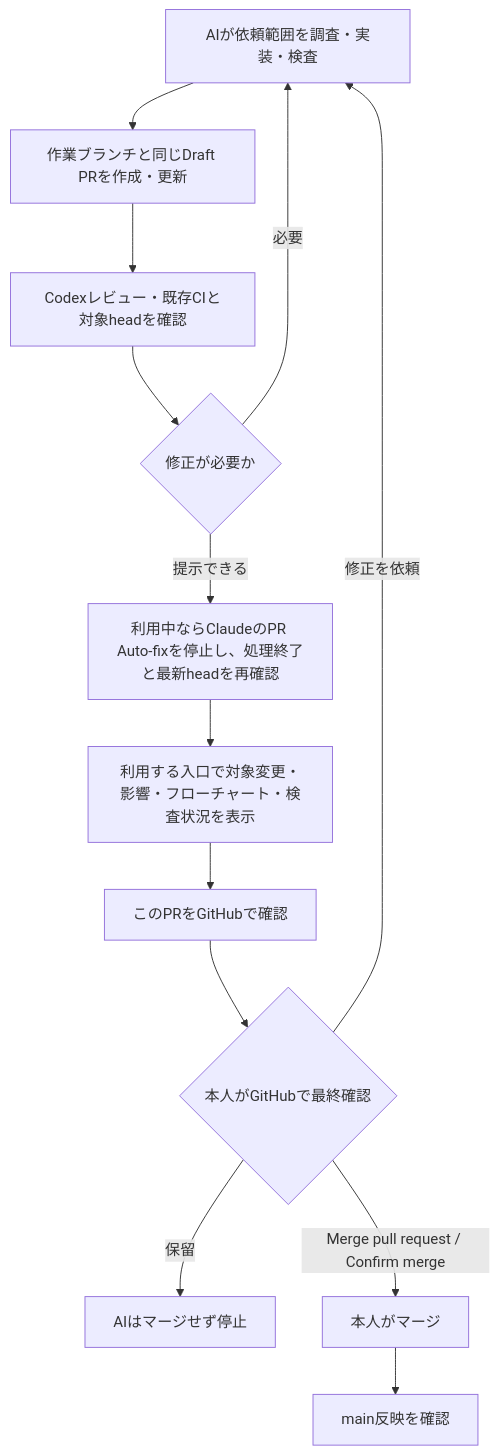
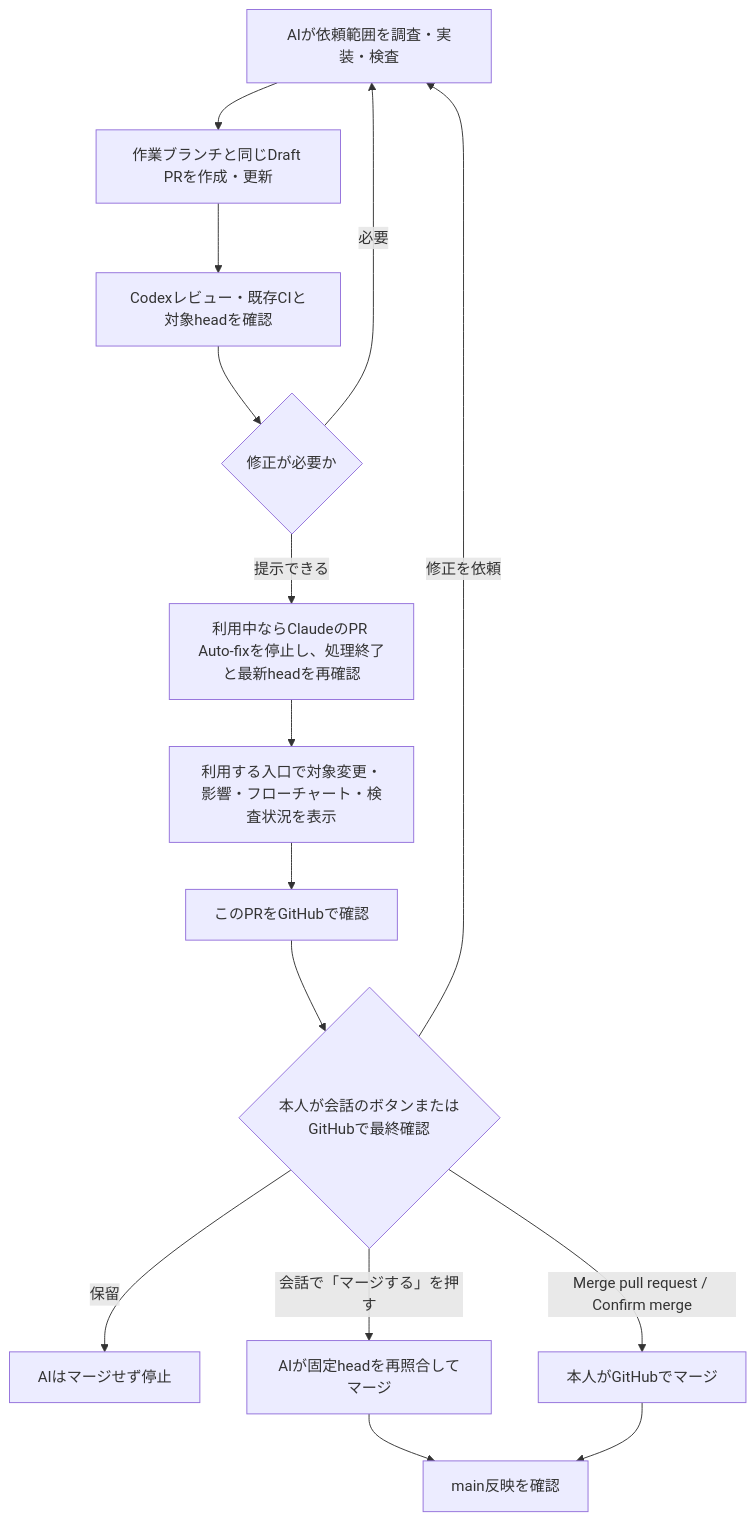
One commit to takechanman12250711-oss/chappy-boatrace-ai changed the diagram in docs/development-approval.md. Above: the diagram before and after it, drawn with Mermaid. The commit also changed other lines of this file and 5 other files, not shown here.

````diff
--- a/docs/development-approval.md
+++ b/docs/development-approval.md
@@ -5,15 +5,17 @@
 ```mermaid
 flowchart TD
     A["AIが依頼範囲を調査・実装・検査"] --> B["作業ブランチと同じDraft PRを作成・更新"]
     B --> C["Codexレビュー・既存CIと対象headを確認"]
     C --> D{"修正が必要か"}
     D -->|必要| A
     D -->|提示できる| K["利用中ならClaudeのPR Auto-fixを停止し、処理終了と最新headを再確認"]
     K --> E["利用する入口で対象変更・影響・フローチャート・検査状況を表示"]
     E --> F["このPRをGitHubで確認"]
-    F --> G{"本人がGitHubで最終確認"}
+    F --> G{"本人が会話のボタンまたはGitHubで最終確認"}
     G -->|修正を依頼| A
     G -->|保留| H["AIはマージせず停止"]
-    G -->|Merge pull request / Confirm merge| I["本人がマージ"]
-    I --> J["main反映を確認"]
+    G -->|会話で「マージする」を押す| L["AIが固定headを再照合してマージ"]
+    G -->|Merge pull request / Confirm merge| I["本人がGitHubでマージ"]
+    L --> J["main反映を確認"]
+    I --> J
 ```
````
